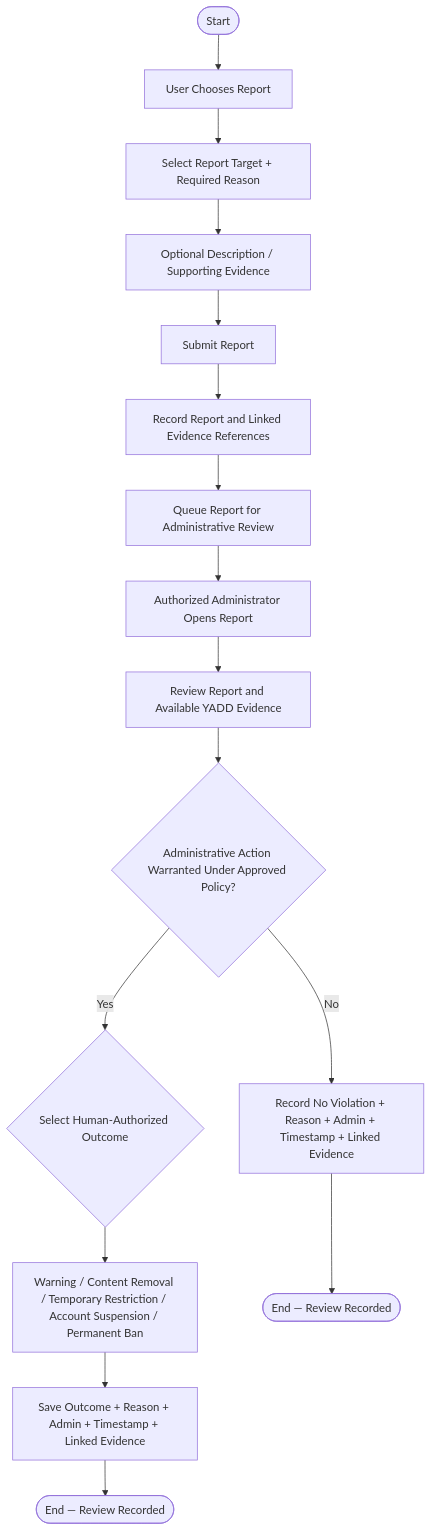
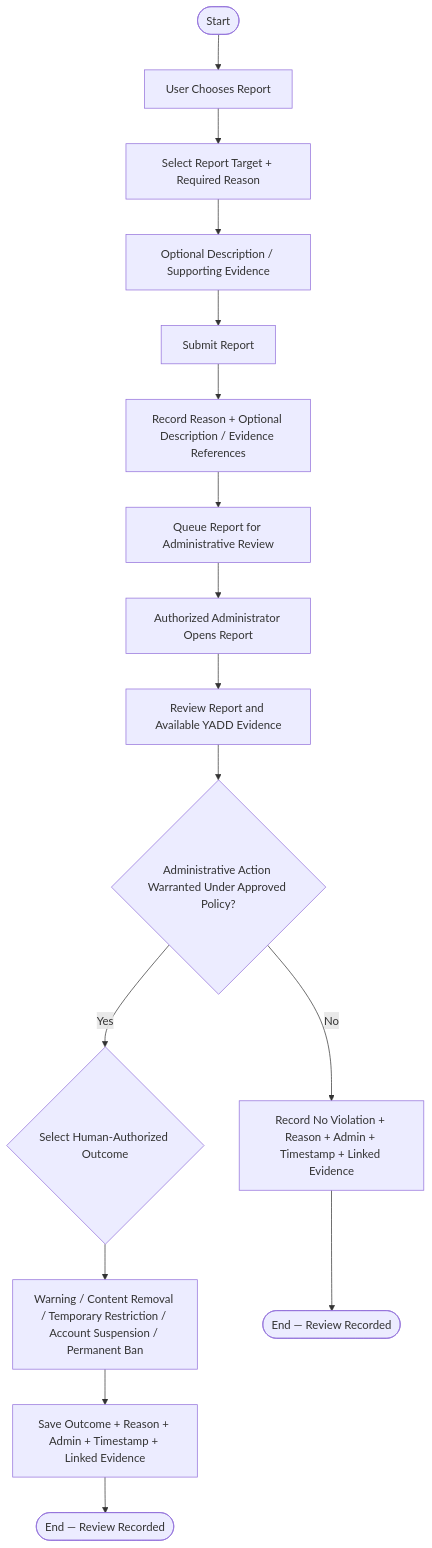
Before and after one commit to Yadd-SanaaUniversityGraduationProject/yadd: the diagram in diagrams/03-analysis/uml/activity/activity-report-administrative-review.md, drawn with Mermaid. The commit also changed other lines of this file, not shown here.

Commit message:
Synchronize report activity with current report fields and moderation audit rules

````diff
--- a/diagrams/03-analysis/uml/activity/activity-report-administrative-review.md
+++ b/diagrams/03-analysis/uml/activity/activity-report-administrative-review.md
@@ -16,20 +16,20 @@
 ```mermaid
 flowchart TD
     S([Start]) --> A[User Chooses Report]
     A --> B[Select Report Target + Required Reason]
     B --> B1[Optional Description / Supporting Evidence]
     B1 --> C[Submit Report]
-    C --> D[Record Report and Linked Evidence References]
+    C --> D[Record Reason + Optional Description / Evidence References]
     D --> E[Queue Report for Administrative Review]
     E --> F[Authorized Administrator Opens Report]
     F --> G[Review Report and Available YADD Evidence]
 
     G --> H{Administrative Action Warranted Under Approved Policy?}
     H -- Yes --> I{Select Human-Authorized Outcome}
     I --> I1[Warning / Content Removal / Temporary Restriction / Account Suspension / Permanent Ban]
     I1 --> J[Save Outcome + Reason + Admin + Timestamp + Linked Evidence]
     J --> Z1([End — Review Recorded])
 
     H -- No --> K[Record No Violation + Reason + Admin + Timestamp + Linked Evidence]
     K --> Z2([End — Review Recorded])
 ```
````
